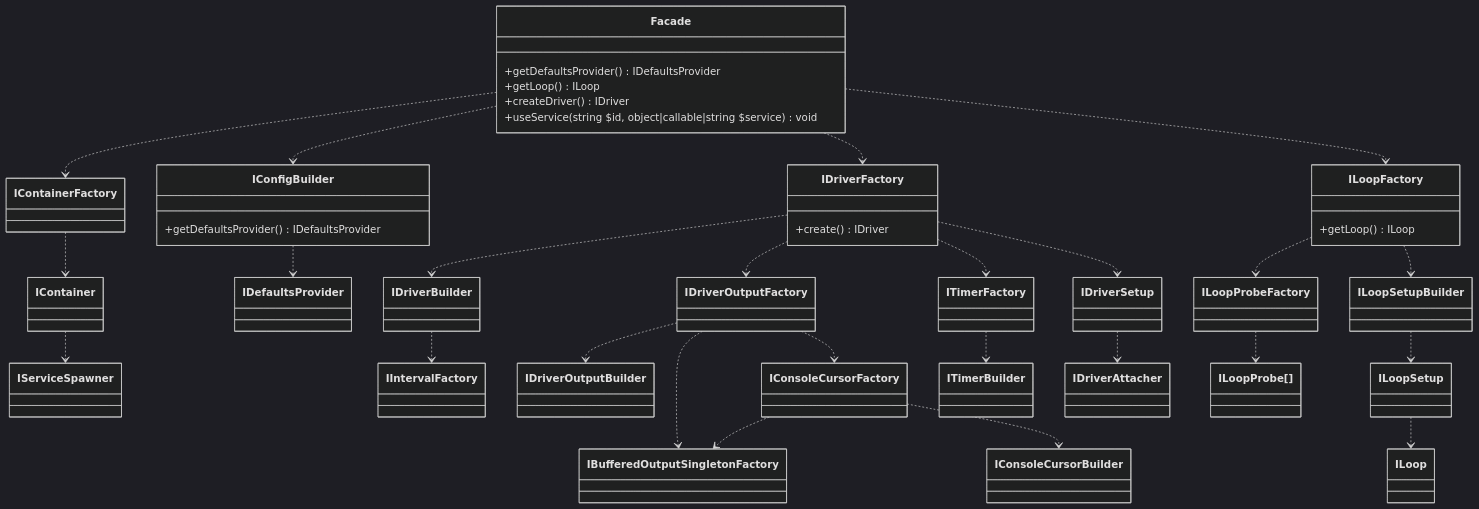
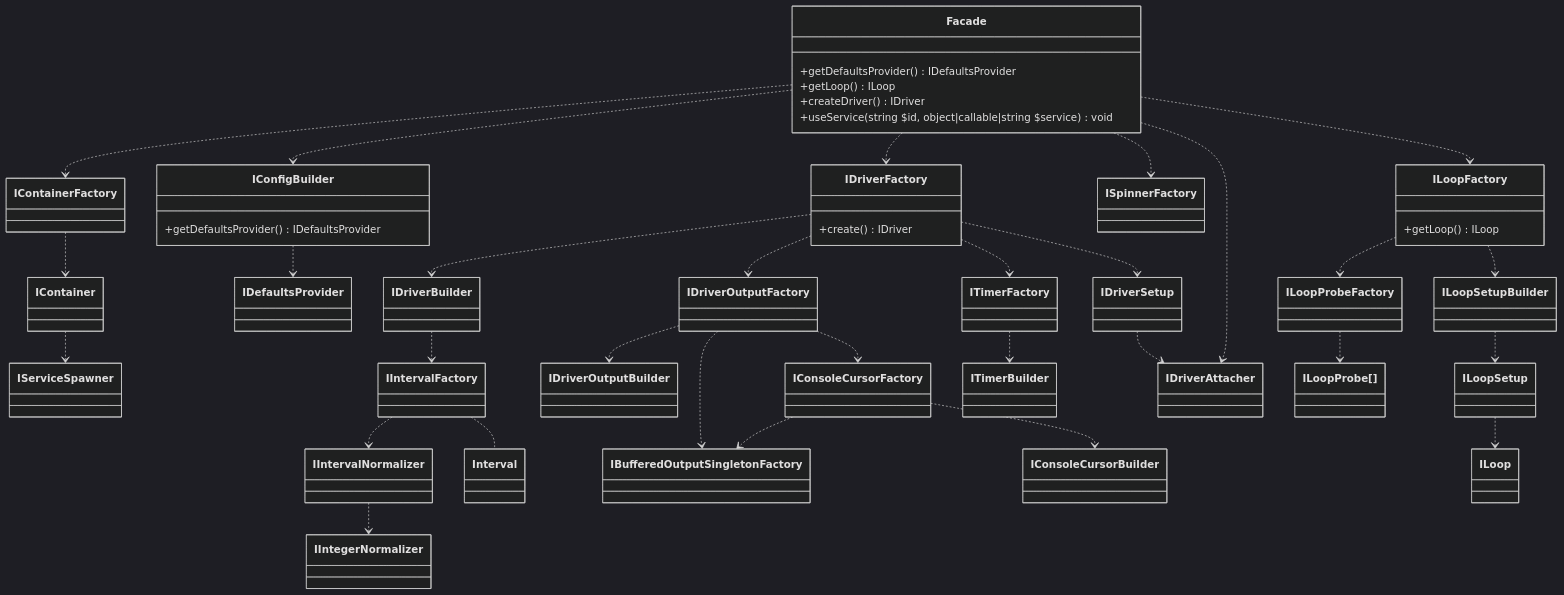
One commit to alecrabbit/php-console-spinner changed the first of 2 diagrams in doc/info/chart/services.md. Above: the diagram before and after it, drawn with Mermaid (dark theme). The commit also changed other lines of this file and 22 other files, not shown here.

````diff
--- a/doc/info/chart/services.md
+++ b/doc/info/chart/services.md
@@ -3,61 +3,68 @@
 ```mermaid
 classDiagram
     direction TB
     Facade ..> IContainerFactory
     Facade ..> IConfigBuilder
     Facade ..> IDriverFactory
+    Facade ..> ISpinnerFactory
+    Facade ..> IDriverAttacher
     Facade ..> ILoopFactory
    
 
     class Facade {
         +getDefaultsProvider() IDefaultsProvider
         +getLoop() ILoop
         +createDriver() IDriver
         +useService(string $id, object|callable|string $service) void
     }
     
     IContainerFactory ..> IContainer
     
     IContainer ..> IServiceSpawner
 
     IDriverFactory ..> IDriverBuilder
     IDriverFactory ..> IDriverOutputFactory
     IDriverFactory ..> ITimerFactory
     IDriverFactory ..> IDriverSetup
     
     class IDriverFactory {
         +create() IDriver
     }
     
     IDriverOutputFactory ..> IDriverOutputBuilder
     IDriverOutputFactory ..> IBufferedOutputSingletonFactory
     IDriverOutputFactory ..> IConsoleCursorFactory
     
     IDriverBuilder ..> IIntervalFactory
     
     IConsoleCursorFactory ..> IBufferedOutputSingletonFactory
     IConsoleCursorFactory ..> IConsoleCursorBuilder
     
     ITimerFactory ..> ITimerBuilder
     
     IDriverSetup ..> IDriverAttacher
     
     ILoopSetup ..> ILoop
 
     IConfigBuilder ..> IDefaultsProvider
     
     class IConfigBuilder {
         +getDefaultsProvider() IDefaultsProvider
     }
     
     ILoopFactory ..> ILoopProbeFactory
     ILoopFactory ..> ILoopSetupBuilder
     
     ILoopProbeFactory ..> `ILoopProbe[]`
     
     ILoopSetupBuilder ..> ILoopSetup
 
     class ILoopFactory {
         +getLoop() ILoop
     }
+
+    IIntervalFactory ..> IIntervalNormalizer
+    IIntervalFactory .. Interval
+
+    IIntervalNormalizer ..> IIntegerNormalizer
 ```
````
